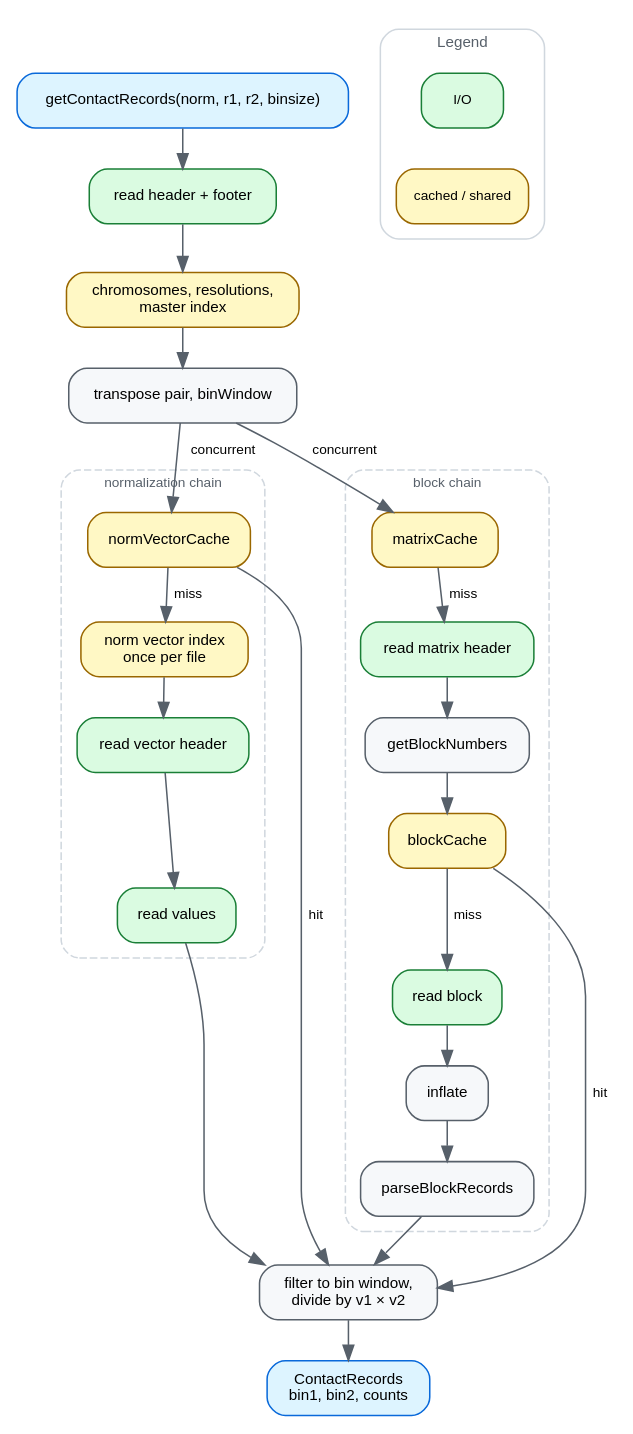
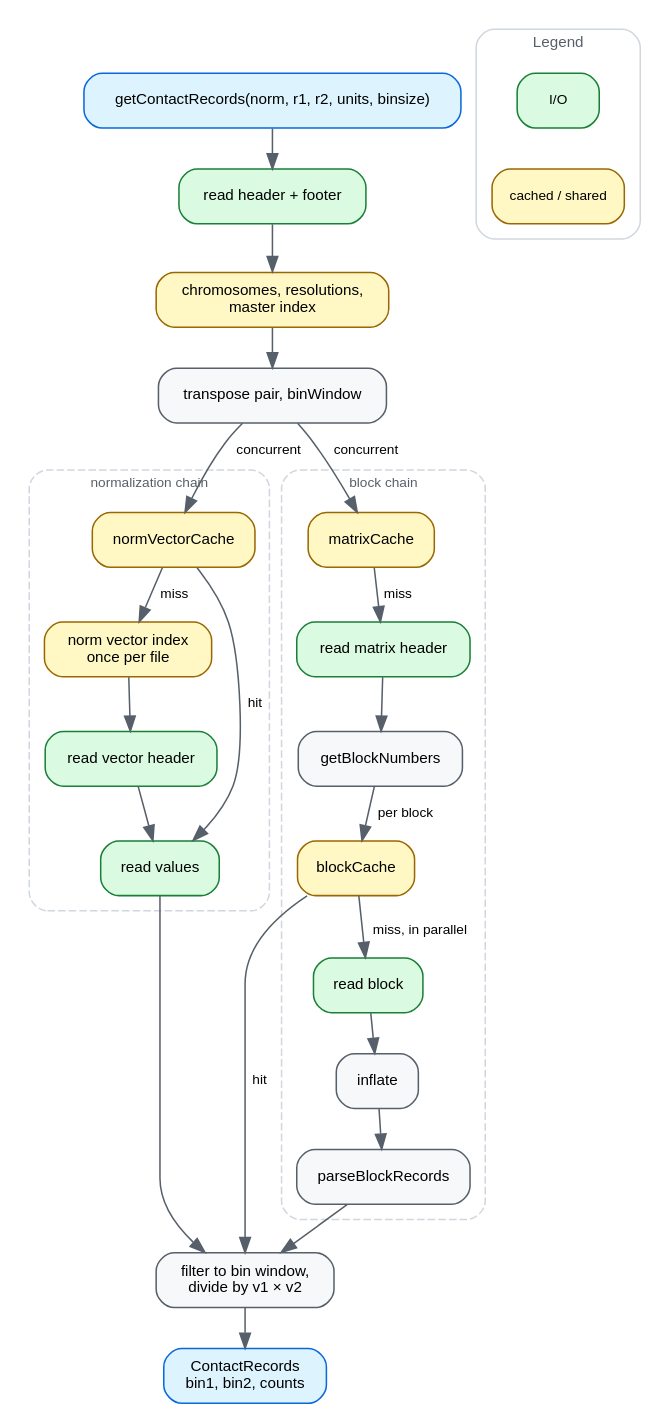
The diagram in docs/img/dataflow.dot (GMOD/hic), drawn with Graphviz before and after one commit. The commit also changed 2 other files, not shown here.

Commit message:
docs: correct two edges in the dataflow diagram, and tighten its prose
normVectorCache holds the vector, not its values, so a hit still asks for the
slice its region covers — the diagram sent a hit straight to the filter. Label
the block fan-out too, since one Promise.all over the missing blocks is what
makes the second wave one round trip rather than one per block.

Also add the units arg the call signature was missing, and note that a NONE
fetch skips the normalization chain entirely.

```diff
--- a/docs/img/dataflow.dot
+++ b/docs/img/dataflow.dot
@@ -1,100 +1,102 @@
 // Source for docs/img/dataflow.svg, which docs/dataflow.md embeds.
 // Regenerate with: dot -Tsvg docs/img/dataflow.dot -o docs/img/dataflow.svg
 //
 // Deliberately the MAIN PATH only — the pre-v9 walk for the norm vector index,
 // the per-vector value cache and the block encodings are described in
 // dataflow.md instead. A diagram that shows every branch stops being the thing
 // you look at first.
 //
 // SYNC: ~/src/gmod/bam-js/docs/img/dataflow.dot — same palette and spine;
 // ~/src/gmod/tabix-js and ~/src/gmod/cram-js share them too. Two entries of
 // their legend are missing here rather than restyled, because hic has neither:
 // no orange, since blocks inflate through pako in JS, and no purple, since
 // there is no worker pool. The clusters are what hic adds — cram also uses one,
 // but for what moves to a worker; here they are the two chains a pair runs
 // concurrently, which is the shape of the read path.
 digraph hicjs {
   rankdir=TB
   newrank=true
   bgcolor="white"
   nodesep=0.3
   ranksep=0.36
   node [shape=box style="filled,rounded" fillcolor="#f6f8fa" color="#57606a"
         fontname="Helvetica" fontsize=10 margin="0.14,0.07"]
   edge [color="#57606a" fontname="Helvetica" fontsize=9]
 
-  query [label="getContactRecords(norm, r1, r2, binsize)" fillcolor="#ddf4ff" color="#0969da"]
+  query [label="getContactRecords(norm, r1, r2, units, binsize)" fillcolor="#ddf4ff" color="#0969da"]
   init  [label="read header + footer" fillcolor="#dafbe1" color="#1a7f37"]
   meta  [label="chromosomes, resolutions,\nmaster index" fillcolor="#fff8c5" color="#9a6700"]
   win   [label="transpose pair, binWindow"]
 
   subgraph cluster_norm {
     label="normalization chain"
     fontname="Helvetica" fontsize=9 fontcolor="#57606a" color="#d0d7de"
     style="rounded,dashed"
     margin=10
 
     nvcache [label="normVectorCache" fillcolor="#fff8c5" color="#9a6700"]
     nvidx   [label="norm vector index\nonce per file" fillcolor="#fff8c5" color="#9a6700"]
     nvhdr   [label="read vector header" fillcolor="#dafbe1" color="#1a7f37"]
     nvvals  [label="read values" fillcolor="#dafbe1" color="#1a7f37"]
   }
 
   subgraph cluster_blocks {
     label="block chain"
     fontname="Helvetica" fontsize=9 fontcolor="#57606a" color="#d0d7de"
     style="rounded,dashed"
     margin=10
 
     matcache [label="matrixCache" fillcolor="#fff8c5" color="#9a6700"]
     mathdr   [label="read matrix header" fillcolor="#dafbe1" color="#1a7f37"]
     blknums  [label="getBlockNumbers"]
     blkcache [label="blockCache" fillcolor="#fff8c5" color="#9a6700"]
     readblk  [label="read block" fillcolor="#dafbe1" color="#1a7f37"]
     unzip    [label="inflate"]
     parse    [label="parseBlockRecords"]
   }
 
   filter [label="filter to bin window,\ndivide by v1 × v2"]
   out    [label="ContactRecords\nbin1, bin2, counts" fillcolor="#ddf4ff" color="#0969da"]
 
   query -> init
   init  -> meta
   meta  -> win
 
   win -> nvcache  [label=" concurrent "]
   win -> matcache [label=" concurrent "]
   { rank=same; nvcache; matcache }
 
   nvcache -> nvidx [label=" miss "]
   nvidx   -> nvhdr
   nvhdr   -> nvvals
   nvvals  -> filter
-  nvcache -> filter [label=" hit "]
+  // A hit returns the vector, not its values, so it still asks for the slice
+  // this region needs — the vector's own ±1000-value cache usually answers.
+  nvcache -> nvvals [label=" hit "]
 
   matcache -> mathdr [label=" miss "]
   mathdr   -> blknums
-  blknums  -> blkcache
-  blkcache -> readblk [label=" miss "]
+  blknums  -> blkcache [label=" per block "]
+  blkcache -> readblk [label=" miss, in parallel "]
   readblk  -> unzip
   unzip    -> parse
   parse    -> filter
   blkcache -> filter [label=" hit "]
 
   filter -> out
 
   subgraph cluster_legend {
     label="Legend"
     labelloc="t"
     fontname="Helvetica"
     fontsize=10
     fontcolor="#57606a"
     color="#d0d7de"
     style="rounded"
     margin=10
     node [shape=box style="filled,rounded" fontsize=9 margin="0.1,0.04"]
     l1 [label="I/O" fillcolor="#dafbe1" color="#1a7f37"]
     l2 [label="cached / shared" fillcolor="#fff8c5" color="#9a6700"]
     l1 -> l2 [style=invis]
   }
 }
```
